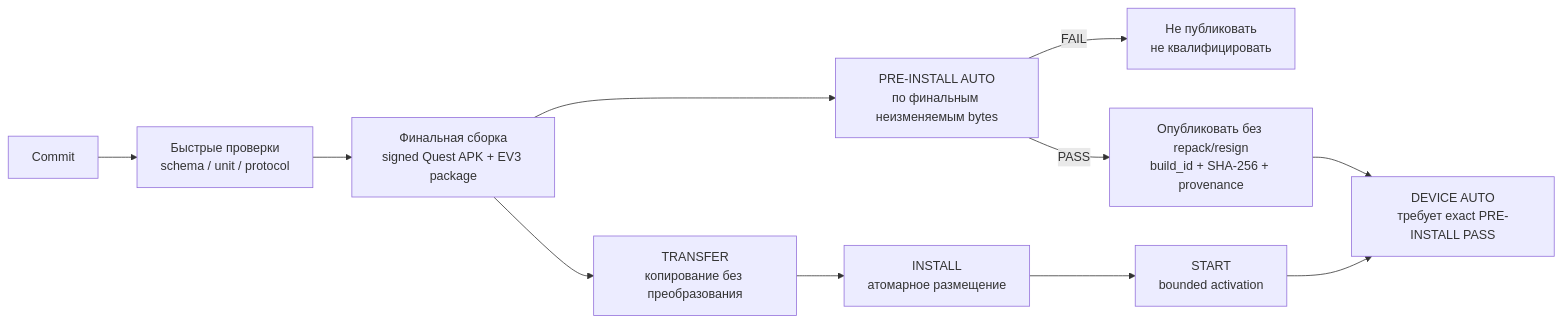
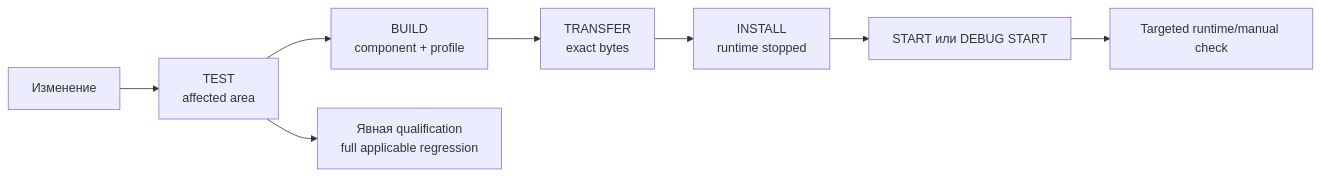
The diagram in docs/PHANTOM/ENGINEERING.md (sirejik/phantom), drawn with Mermaid before and after one commit. The commit also changed other lines of this file and 85 other files, not shown here.

Commit message:
Refactor build and device lifecycle

````diff
--- a/docs/PHANTOM/ENGINEERING.md
+++ b/docs/PHANTOM/ENGINEERING.md
@@ -165,13 +174,10 @@
 ```mermaid
 flowchart LR
-  Commit[Commit] --> Fast[Быстрые проверки<br/>schema / unit / protocol]
-  Fast --> Build[Финальная сборка<br/>signed Quest APK + EV3 package]
-  Build --> Gate[PRE-INSTALL AUTO<br/>по финальным неизменяемым bytes]
-  Gate -->|FAIL| Block[Не публиковать<br/>не квалифицировать]
-  Gate -->|PASS| Publish[Опубликовать без repack/resign<br/>build_id + SHA-256 + provenance]
-  Build --> Transfer[TRANSFER<br/>копирование без преобразования]
-  Transfer --> Install[INSTALL<br/>атомарное размещение]
-  Install --> Start[START<br/>bounded activation]
-  Start --> Device[DEVICE AUTO<br/>требует exact PRE-INSTALL PASS]
-  Publish --> Device
+  Change[Изменение] --> Test[TEST<br/>affected area]
+  Test --> Build[BUILD<br/>component + profile]
+  Build --> Transfer[TRANSFER<br/>exact bytes]
+  Transfer --> Install[INSTALL<br/>runtime stopped]
+  Install --> Start[START или DEBUG START]
+  Start --> Verify[Targeted runtime/manual check]
+  Test --> Qualify[Явная qualification<br/>full applicable regression]
 ```
````
